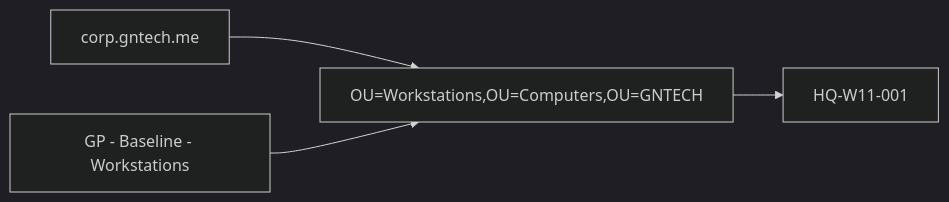
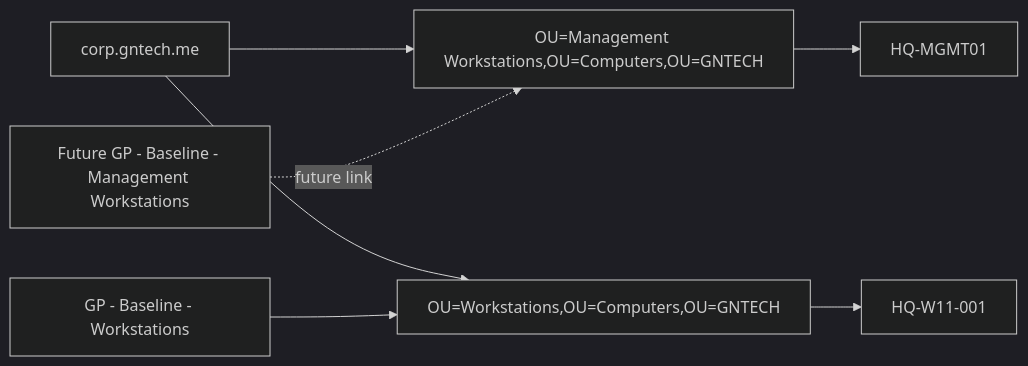
Before and after one commit to gntech-dev/geil-enterprise-docs: the diagram in docs/microsoft-core/group-policy-baseline.md, drawn with Mermaid (dark theme). The commit also changed other lines of this file and 22 other files, not shown here.

Commit message:
docs: move HQ-MGMT01 to management VLAN

````diff
--- a/docs/microsoft-core/group-policy-baseline.md
+++ b/docs/microsoft-core/group-policy-baseline.md
@@ -101,9 +104,14 @@
 ```mermaid
 flowchart LR
     Domain[corp.gntech.me]
-    OU[OU=Workstations,OU=Computers,OU=GNTECH]
-    GPO[GP - Baseline - Workstations]
-    Client[HQ-W11-001]
-    Domain --> OU
-    GPO --> OU --> Client
+    MgmtOU[OU=Management Workstations,OU=Computers,OU=GNTECH]
+    WorkOU[OU=Workstations,OU=Computers,OU=GNTECH]
+    MgmtGPO[Future GP - Baseline - Management Workstations]
+    WorkGPO[GP - Baseline - Workstations]
+    MgmtClient[HQ-MGMT01]
+    UserClient[HQ-W11-001]
+    Domain --> MgmtOU
+    Domain --> WorkOU
+    MgmtGPO -. future link .-> MgmtOU --> MgmtClient
+    WorkGPO --> WorkOU --> UserClient
 ```
````
